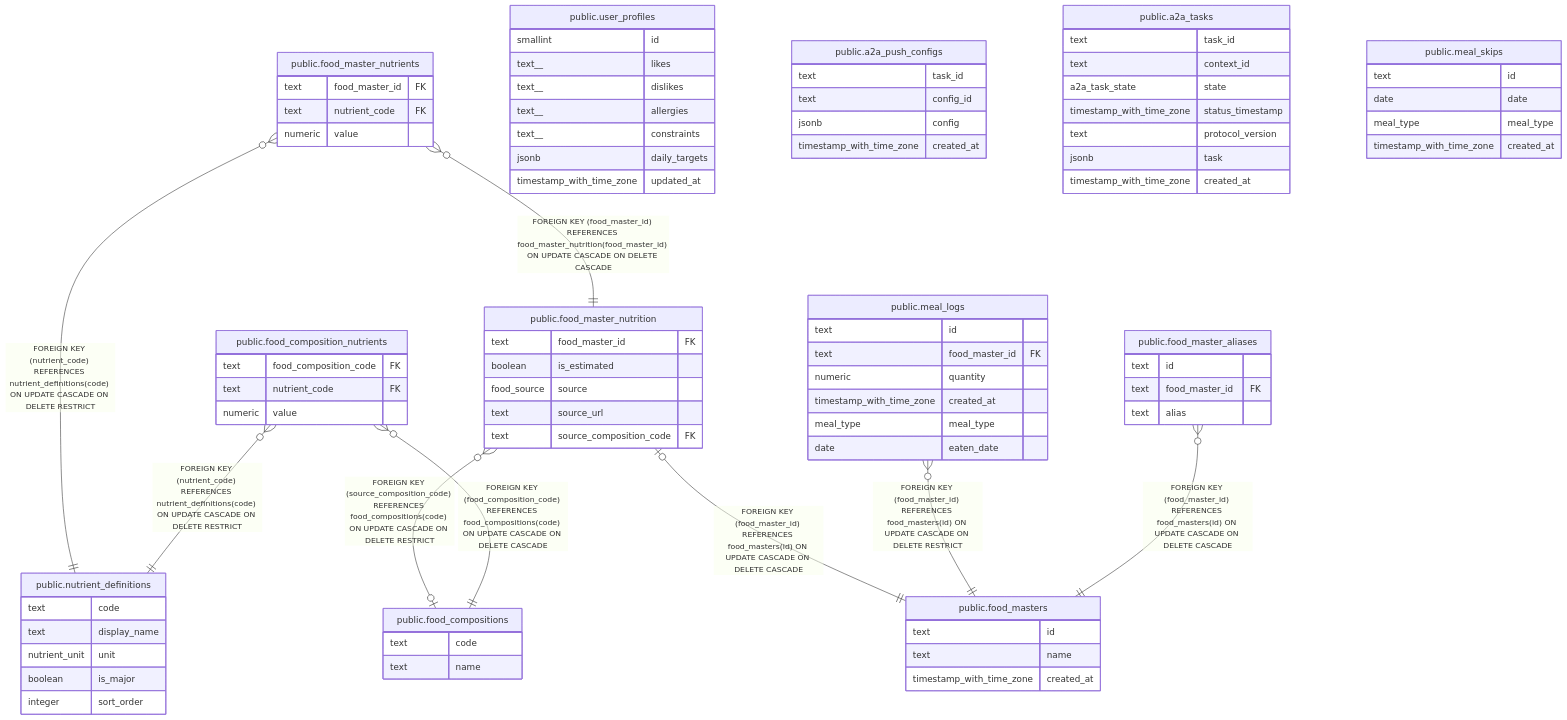
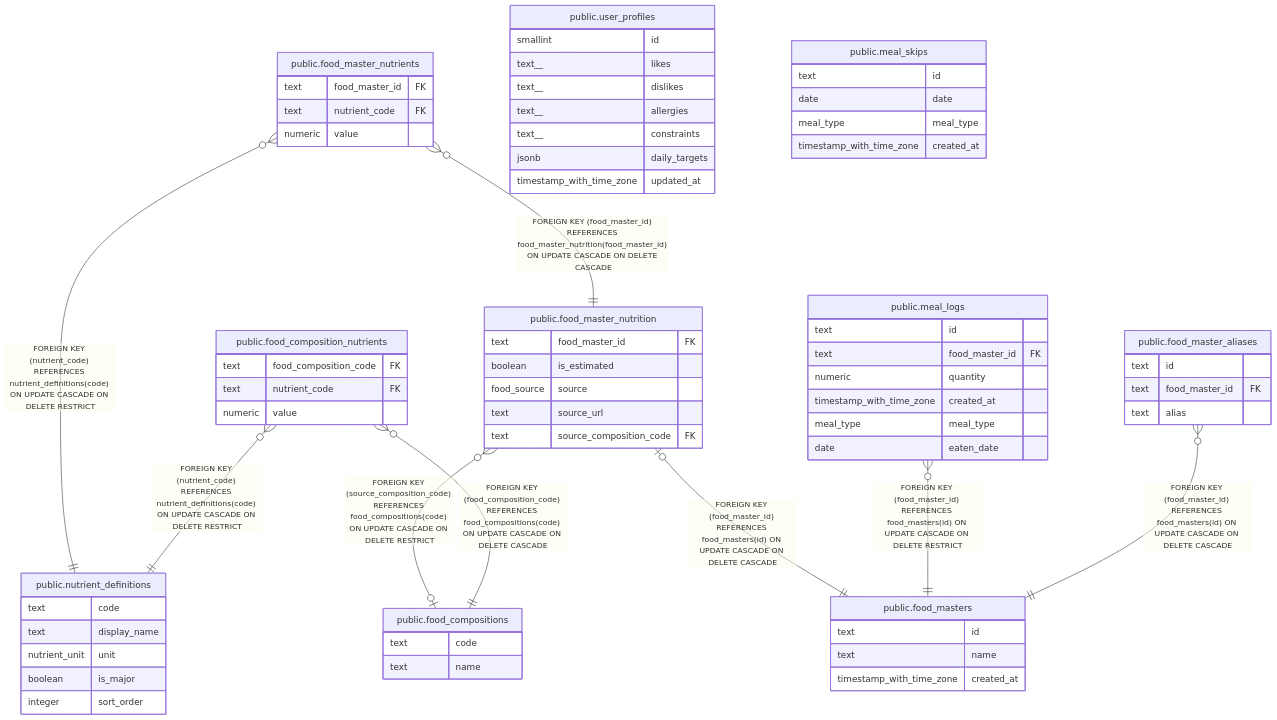
One commit to fohte/meshi changed the diagram in docs/db/README.md. Above: the diagram before and after it, drawn with Mermaid. The commit also changed other lines of this file and 121 other files, not shown here.

```diff
--- a/docs/db/README.md
+++ b/docs/db/README.md
@@ -124,21 +121,6 @@
   jsonb daily_targets
   timestamp_with_time_zone updated_at
 }
-"public.a2a_push_configs" {
-  text task_id
-  text config_id
-  jsonb config
-  timestamp_with_time_zone created_at
-}
-"public.a2a_tasks" {
-  text task_id
-  text context_id
-  a2a_task_state state
-  timestamp_with_time_zone status_timestamp
-  text protocol_version
-  jsonb task
-  timestamp_with_time_zone created_at
-}
 "public.meal_skips" {
   text id
   date date
```
